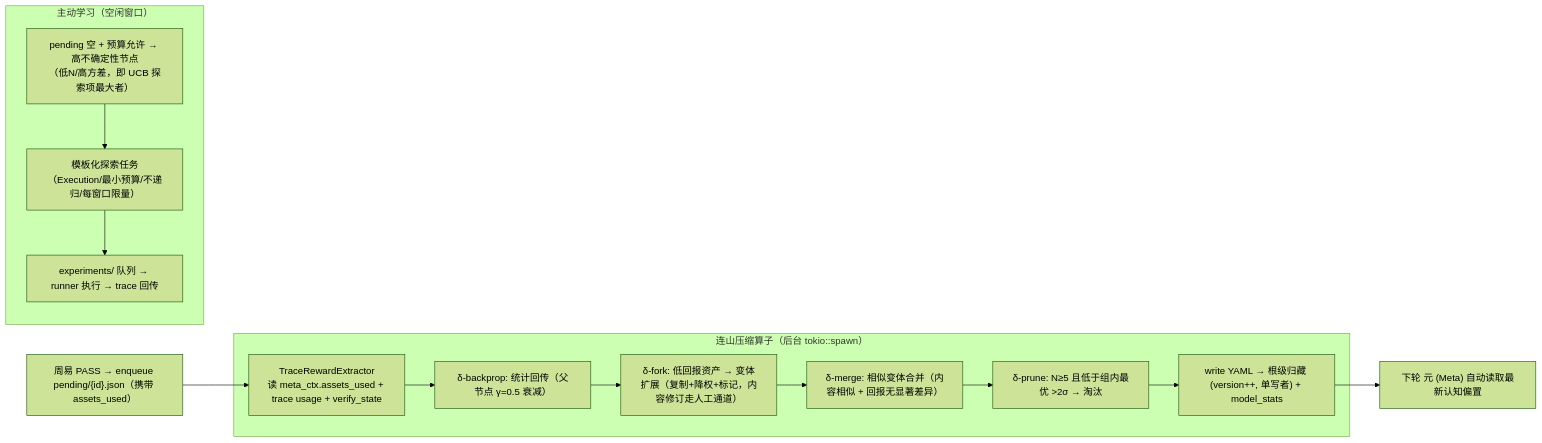
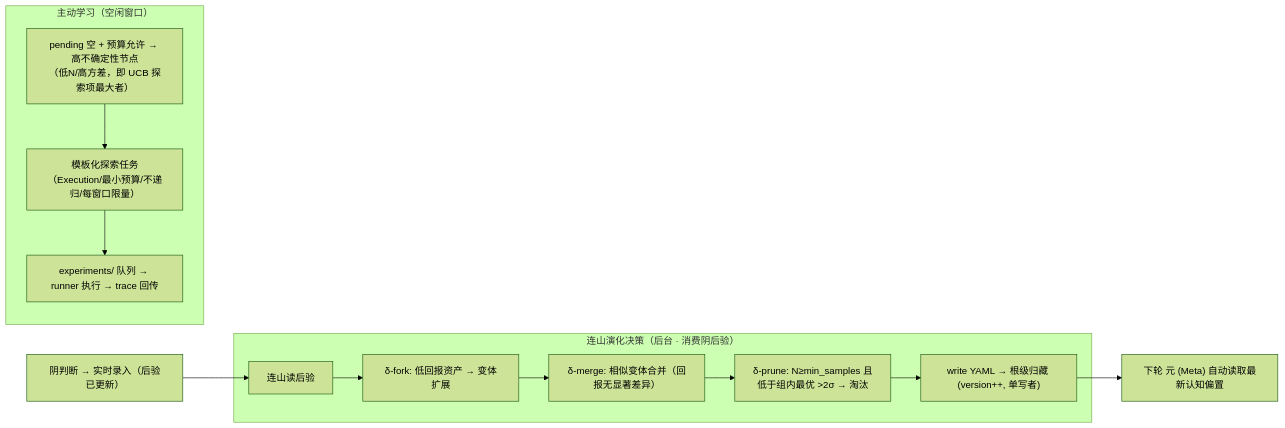
Before and after one commit to wenge6090-tech/taiji: diagram 13 of 18 in Blueprint.md, drawn with Mermaid (forest theme). The commit also changed other lines of this file and 62 other files, not shown here.

````diff
--- a/Blueprint.md
+++ b/Blueprint.md
@@ -1305,20 +685,19 @@
 ```mermaid
 flowchart LR
-    PASS["周易 PASS → enqueue pending/{id}.json（携带 assets_used）"] --> READ["TraceRewardExtractor\n读 meta_ctx.assets_used + trace usage + verify_state"]
+    YIN["阴判断 → 实时录入（后验已更新）"] --> EVOLVE["连山读后验"]
 
-    subgraph "连山压缩算子（后台 tokio::spawn）"
-        READ --> BP["δ-backprop: 统计回传（父节点 γ=0.5 衰减）"]
-        BP --> FORK["δ-fork: 低回报资产 → 变体扩展（复制+降权+标记，内容修订走人工通道）"]
-        FORK --> MRG["δ-merge: 相似变体合并（内容相似 + 回报无显著差异）"]
-        MRG --> PRN["δ-prune: N≥5 且低于组内最优 >2σ → 淘汰"]
-        PRN --> WRITE["write YAML → 根级归藏 (version++, 单写者) + model_stats"]
+    subgraph "连山演化决策（后台 · 消费阴后验）"
+        EVOLVE --> FORK["δ-fork: 低回报资产 → 变体扩展"]
+        FORK --> MRG["δ-merge: 相似变体合并（回报无显著差异）"]
+        MRG --> PRN["δ-prune: N≥min_samples 且低于组内最优 >2σ → 淘汰"]
+        PRN --> WRITE["write YAML → 根级归藏 (version++, 单写者)"]
     end
 
     WRITE --> NEXT["下轮 元 (Meta) 自动读取最新认知偏置"]
 
     subgraph "主动学习（空闲窗口）"
         ACTIVE["pending 空 + 预算允许 → 高不确定性节点\n（低N/高方差，即 UCB 探索项最大者）"]
         ACTIVE --> EXP["模板化探索任务\n（Execution/最小预算/不递归/每窗口限量）"]
         EXP --> RUN["experiments/ 队列 → runner 执行 → trace 回传"]
     end
 ```
````
